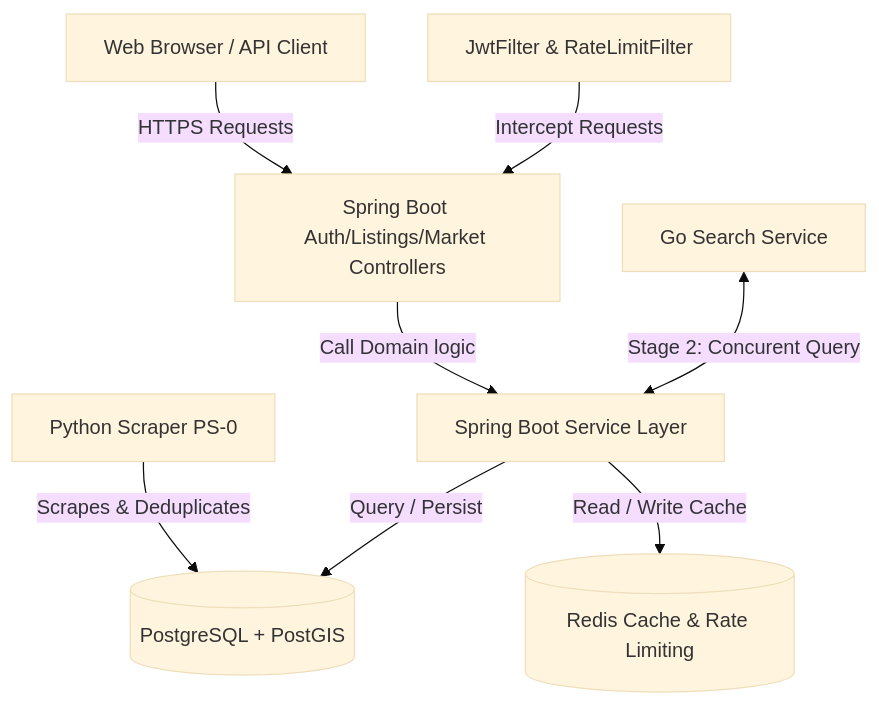
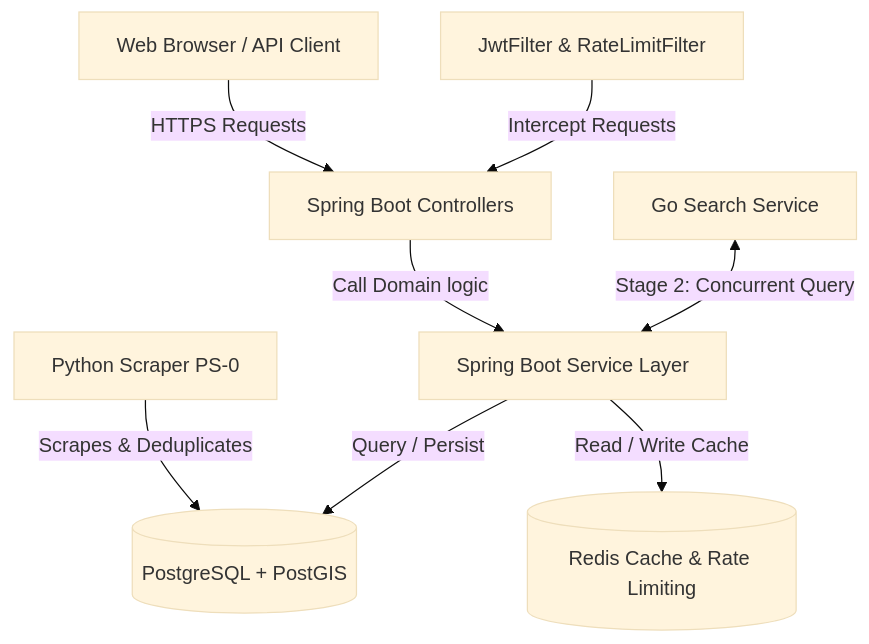
Before and after one commit to islajr/property-intel: the diagram in docs/project_documentation.md, drawn with Mermaid (base theme). The commit also changed other lines of this file and 1 other file, not shown here.

Commit message:
docs: (api) update root README and project docs with Spring Boot 4 specs, alert APIs, and nearby lookups

````diff
--- a/docs/project_documentation.md
+++ b/docs/project_documentation.md
@@ -44,10 +14,10 @@
 ```mermaid
 graph TD
     Scraper[Python Scraper PS-0] -->|Scrapes & Deduplicates| DB[(PostgreSQL + PostGIS)]
-    Client[Web Browser / API Client] -->|HTTPS Requests| Controller[Spring Boot Auth/Listings/Market Controllers]
+    Client[Web Browser / API Client] -->|HTTPS Requests| Controller[Spring Boot Controllers]
     Controller -->|Call Domain logic| Service[Spring Boot Service Layer]
     Service -->|Query / Persist| DB
     Service -->|Read / Write Cache| Redis[(Redis Cache & Rate Limiting)]
     Filter[JwtFilter & RateLimitFilter] -->|Intercept Requests| Controller
-    GoSearch[Go Search Service] <-->|Stage 2: Concurent Query| Service
+    GoSearch[Go Search Service] <-->|Stage 2: Concurrent Query| Service
 ```
````
